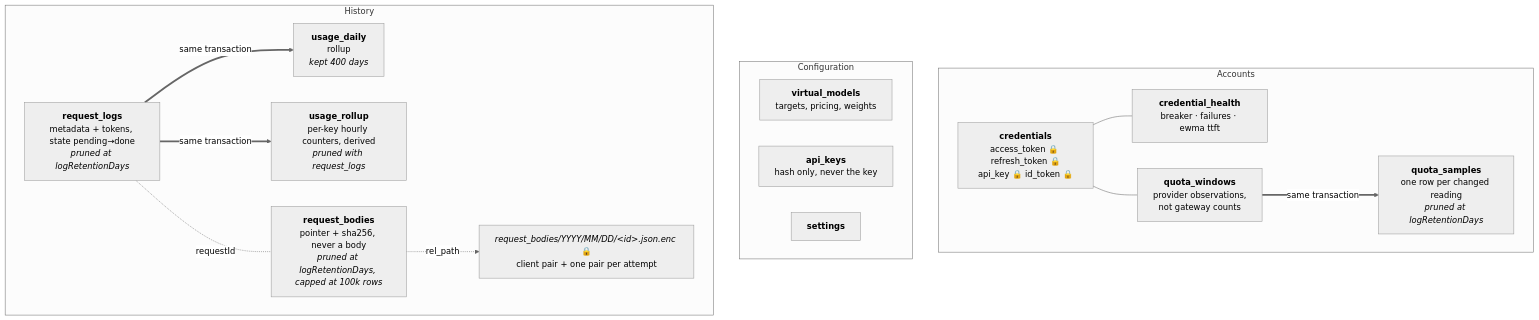
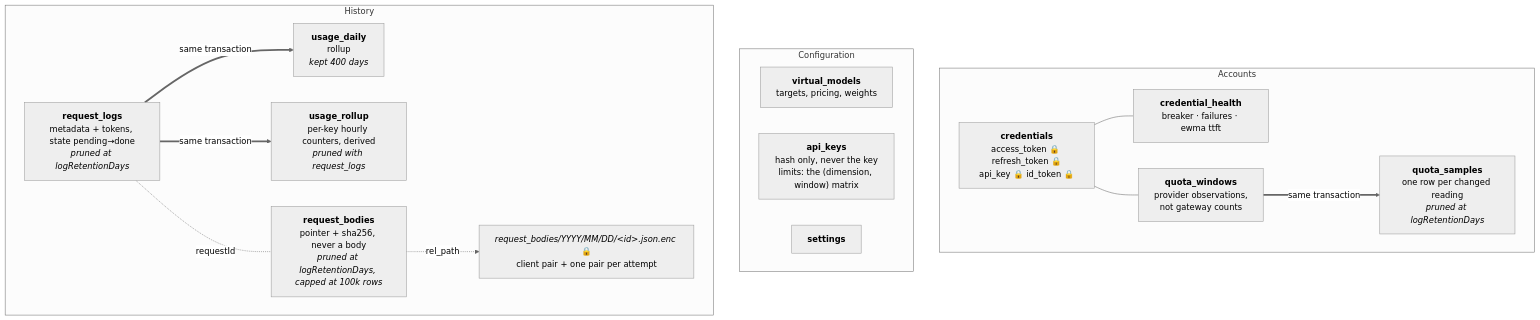
Before and after one commit to harismawan/omnigateway: the sixth of 9 diagrams in ARCHITECTURE.md, drawn with Mermaid (neutral theme). The commit also changed other lines of this file and 1 other file, not shown here.

````diff
--- a/ARCHITECTURE.md
+++ b/ARCHITECTURE.md
@@ -173,31 +274,31 @@
 ```mermaid
 flowchart TB
   subgraph accounts[Accounts]
     cred["<b>credentials</b><br/>access_token 🔒 refresh_token 🔒<br/>api_key 🔒 id_token 🔒"]
     health["<b>credential_health</b><br/>breaker · failures · ewma ttft"]
     quota["<b>quota_windows</b><br/>provider observations,<br/>not gateway counts"]
     samples["<b>quota_samples</b><br/>one row per changed reading<br/><i>pruned at logRetentionDays</i>"]
   end
 
   subgraph config[Configuration]
     vm["<b>virtual_models</b><br/>targets, pricing, weights"]
-    keys["<b>api_keys</b><br/>hash only, never the key"]
+    keys["<b>api_keys</b><br/>hash only, never the key<br/>limits: the (dimension, window) matrix"]
     settings["<b>settings</b>"]
   end
 
   subgraph history[History]
     logs["<b>request_logs</b><br/>metadata + tokens, state pending→done<br/><i>pruned at logRetentionDays</i>"]
     daily["<b>usage_daily</b><br/>rollup<br/><i>kept 400 days</i>"]
     hourly["<b>usage_rollup</b><br/>per-key hourly counters, derived<br/><i>pruned with request_logs</i>"]
     bodies["<b>request_bodies</b><br/>pointer + sha256, never a body<br/><i>pruned at logRetentionDays, capped at 100k rows</i>"]
     artifact["<i>request_bodies/YYYY/MM/DD/&lt;id&gt;.json.enc</i> 🔒<br/>client pair + one pair per attempt"]
   end
 
   cred --- health
   cred --- quota
   quota == "same transaction" ==> samples
   logs == "same transaction" ==> daily
   logs == "same transaction" ==> hourly
   logs -. "requestId" .- bodies
   bodies -. "rel_path" .-> artifact
 ```
````
